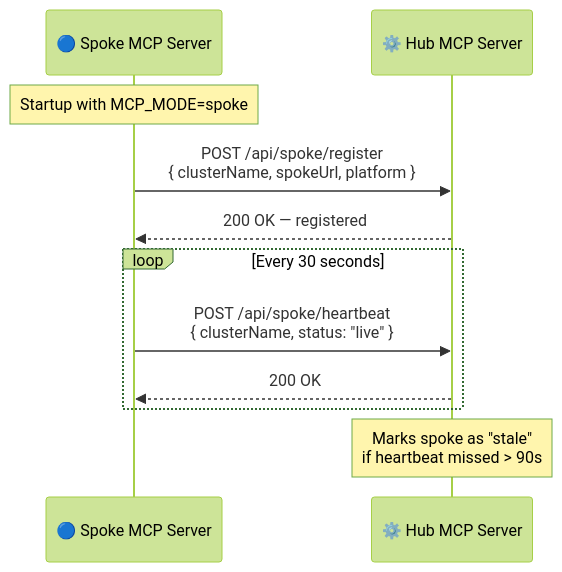
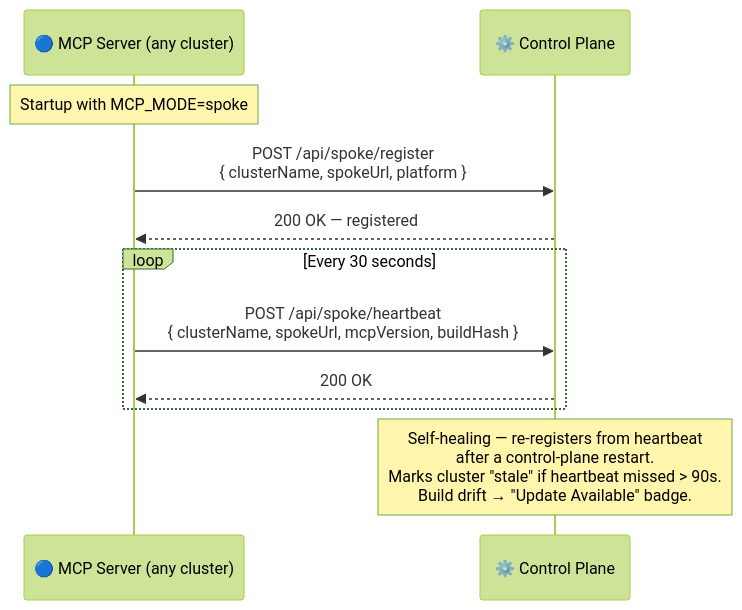
The third of 9 diagrams in README.md (cskaruppu/Openshift-mcp-server), drawn with Mermaid (forest theme) before and after one commit. The commit also changed other lines of this file and 1 other file, not shown here.

First line of the commit message:
docs: update README + architecture reference for two-plane stateless design

````diff
--- a/README.md
+++ b/README.md
@@ -163,17 +183,17 @@
 ```mermaid
 sequenceDiagram
-    participant S as 🔵 Spoke MCP Server
-    participant H as ⚙️ Hub MCP Server
+    participant S as 🔵 MCP Server (any cluster)
+    participant H as ⚙️ Control Plane
 
     Note over S: Startup with MCP_MODE=spoke
 
     S->>H: POST /api/spoke/register<br/>{ clusterName, spokeUrl, platform }
     H-->>S: 200 OK — registered
 
     loop Every 30 seconds
-        S->>H: POST /api/spoke/heartbeat<br/>{ clusterName, status: "live" }
+        S->>H: POST /api/spoke/heartbeat<br/>{ clusterName, spokeUrl, mcpVersion, buildHash }
         H-->>S: 200 OK
     end
 
-    Note over H: Marks spoke as "stale"<br/>if heartbeat missed > 90s
+    Note over H: Self-healing — re-registers from heartbeat<br/>after a control-plane restart.<br/>Marks cluster "stale" if heartbeat missed > 90s.<br/>Build drift → "Update Available" badge.
 ```
````
